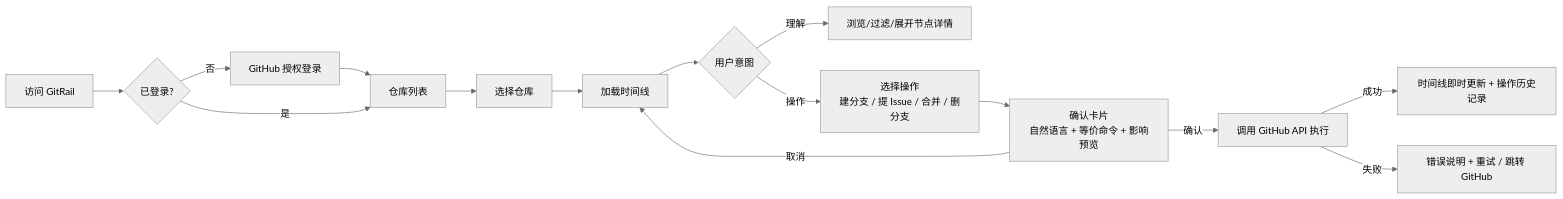
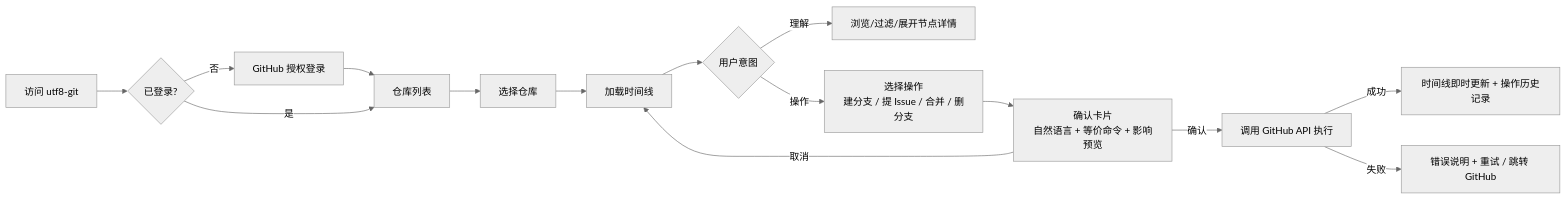
The diagram in docs/requirements.md (encode-utf8/utf8-git), drawn with Mermaid (neutral theme) before and after one commit. The commit also changed other lines of this file and 5 other files, not shown here.

First line of the commit message:
docs: 确认 4 项需求决策并更名仓库为 utf8-git

````diff
--- a/docs/requirements.md
+++ b/docs/requirements.md
@@ -148,17 +159,17 @@
 ```mermaid
 flowchart LR
-    A[访问 GitRail] --> B{已登录?}
+    A[访问 utf8-git] --> B{已登录?}
     B -- 否 --> C[GitHub 授权登录]
     C --> D[仓库列表]
     B -- 是 --> D
     D --> E[选择仓库]
     E --> F[加载时间线]
     F --> G{用户意图}
     G -- 理解 --> H[浏览/过滤/展开节点详情]
     G -- 操作 --> I[选择操作<br/>建分支 / 提 Issue / 合并 / 删分支]
     I --> J[确认卡片<br/>自然语言 + 等价命令 + 影响预览]
     J -- 取消 --> F
     J -- 确认 --> K[调用 GitHub API 执行]
     K -- 成功 --> L[时间线即时更新 + 操作历史记录]
     K -- 失败 --> M[错误说明 + 重试 / 跳转 GitHub]
 ```
````
